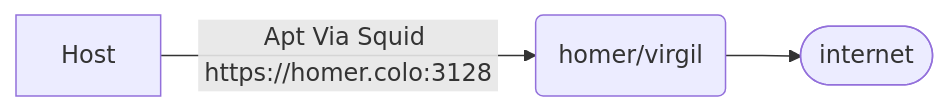
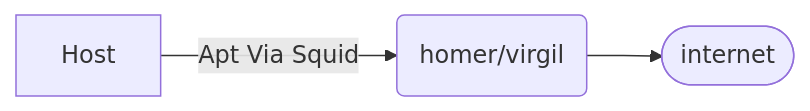
One commit to suspect-devices/digithink changed the second of 2 diagrams in docs/rethinkeverything/norouter/wireguard-and-squid.md. Above: the diagram before and after it, drawn with Mermaid.

````diff
--- a/docs/rethinkeverything/norouter/wireguard-and-squid.md
+++ b/docs/rethinkeverything/norouter/wireguard-and-squid.md
@@ -15,5 +15,5 @@
     ```mermaid
     graph LR
     B --> I([internet])
-    A[Host] -- Apt Via Squid https://homer.colo:3128 --> B(homer/virgil);
+    A[Host] -- Apt Via Squid --> B(homer/virgil);
     ```
````
